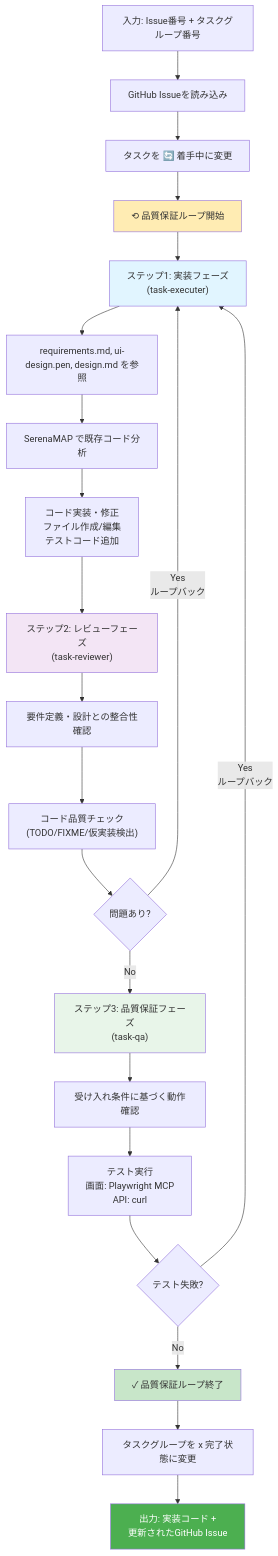
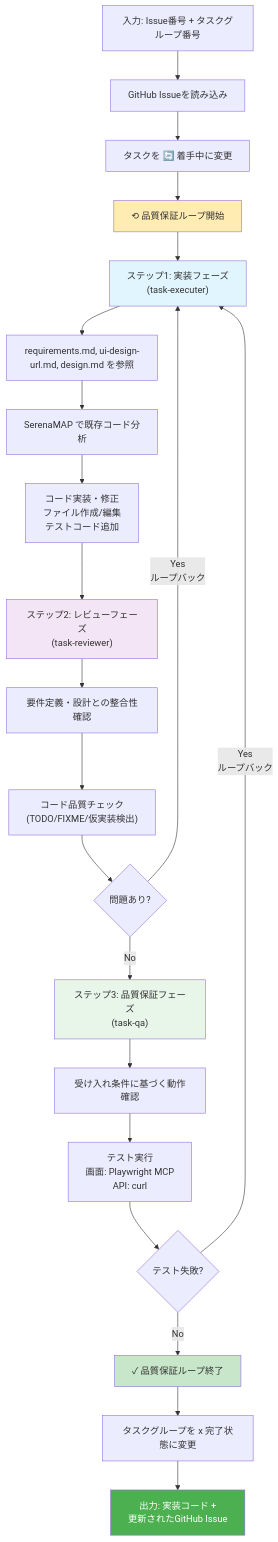
The second of 6 diagrams in docs/einja/instructions/task-execute.md (einja-inc/einja-management-template), drawn with Mermaid before and after one commit. The commit also changed other lines of this file and 6 other files, not shown here.

````diff
--- a/docs/einja/instructions/task-execute.md
+++ b/docs/einja/instructions/task-execute.md
@@ -54,35 +54,35 @@
 ```mermaid
 graph TD
     A["入力: Issue番号 + タスクグループ番号"] --> B["GitHub Issueを読み込み"]
     B --> C["タスクを 🔄 着手中に変更"]
 
     C --> LoopStart["⟲ 品質保証ループ開始"]
 
     LoopStart --> D["ステップ1: 実装フェーズ<br/>(task-executer)"]
-    D --> E["requirements.md, ui-design.pen, design.md を参照"]
+    D --> E["requirements.md, ui-design-url.md, design.md を参照"]
     E --> F["SerenaMAP で既存コード分析"]
     F --> G["コード実装・修正<br/>ファイル作成/編集<br/>テストコード追加"]
 
     G --> H["ステップ2: レビューフェーズ<br/>(task-reviewer)"]
     H --> I["要件定義・設計との整合性確認"]
     I --> J["コード品質チェック<br/>(TODO/FIXME/仮実装検出)"]
     J --> K{問題あり?}
     K -->|Yes<br/>ループバック| D
     K -->|No| L["ステップ3: 品質保証フェーズ<br/>(task-qa)"]
 
     L --> M["受け入れ条件に基づく動作確認"]
     M --> N["テスト実行<br/>画面: Playwright MCP<br/>API: curl"]
     N --> O{テスト失敗?}
     O -->|Yes<br/>ループバック| D
     O -->|No| LoopEnd["✓ 品質保証ループ終了"]
 
     LoopEnd --> P["タスクグループを x 完了状態に変更"]
     P --> Q["出力: 実装コード +<br/>更新されたGitHub Issue"]
 
     style LoopStart fill:#ffecb3
     style D fill:#e1f5ff
     style H fill:#f3e5f5
     style L fill:#e8f5e9
     style LoopEnd fill:#c8e6c9
     style Q fill:#4caf50,color:#fff
 ```
````
